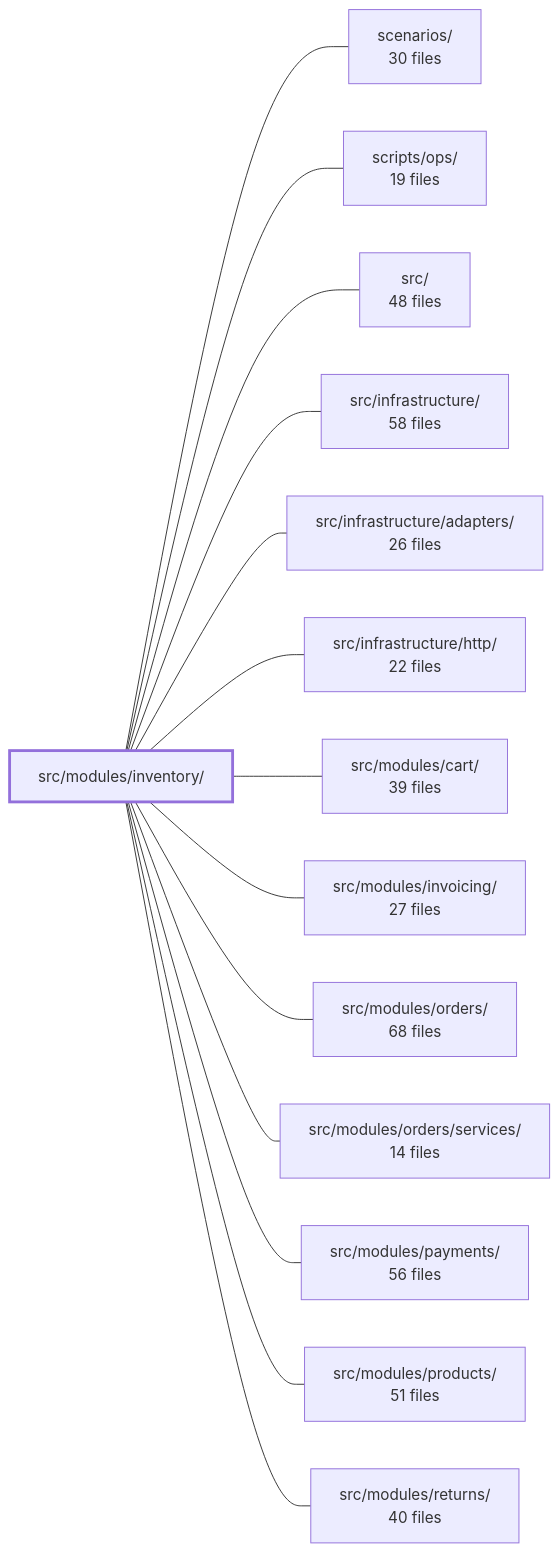
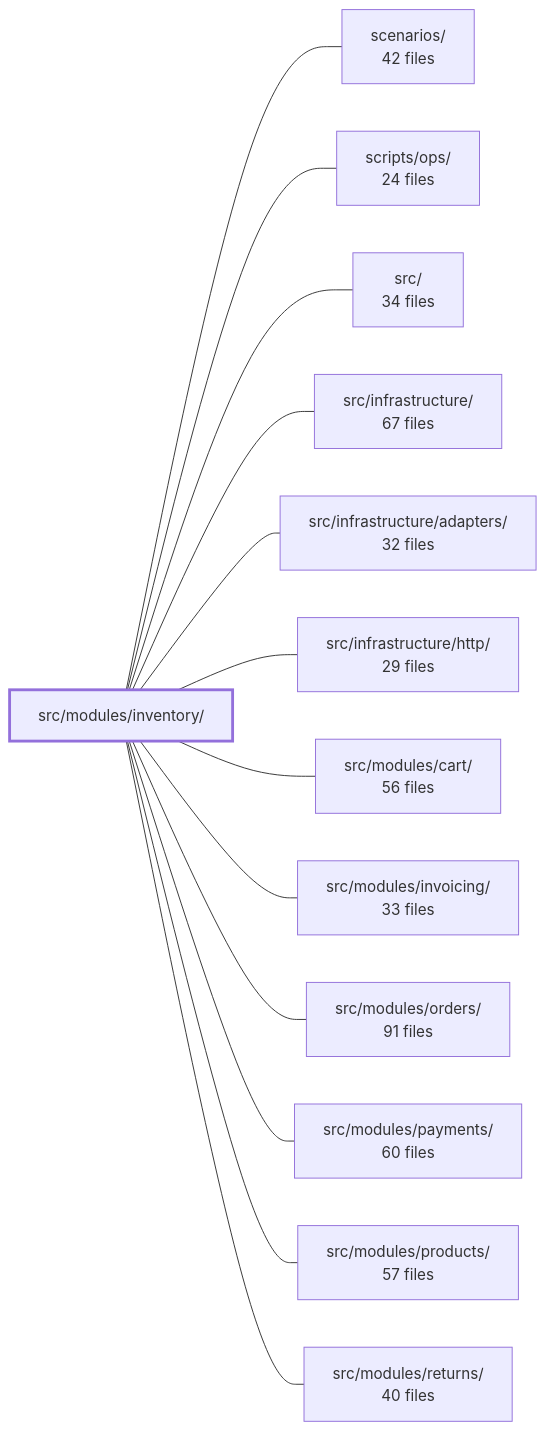
Before and after one commit to Guebbit/boilerplate-node-backend: the diagram in .2brain/modules/boilerplate-node-backend_src_modules_inventory.md, drawn with Mermaid. The commit also changed other lines of this file and 106 other files, not shown here.

````diff
--- a/.2brain/modules/boilerplate-node-backend_src_modules_inventory.md
+++ b/.2brain/modules/boilerplate-node-backend_src_modules_inventory.md
@@ -43,31 +43,29 @@
 ```mermaid
 flowchart LR
     m_src_modules_inventory["src/modules/inventory/"]
-    m_scenarios["scenarios/<br/>30 files"]
-    m_scripts_ops["scripts/ops/<br/>19 files"]
-    m_src["src/<br/>48 files"]
-    m_src_infrastructure["src/infrastructure/<br/>58 files"]
-    m_src_infrastructure_adapters["src/infrastructure/adapters/<br/>26 files"]
-    m_src_infrastructure_http["src/infrastructure/http/<br/>22 files"]
-    m_src_modules_cart["src/modules/cart/<br/>39 files"]
-    m_src_modules_invoicing["src/modules/invoicing/<br/>27 files"]
-    m_src_modules_orders["src/modules/orders/<br/>68 files"]
-    m_src_modules_orders_services["src/modules/orders/services/<br/>14 files"]
-    m_src_modules_payments["src/modules/payments/<br/>56 files"]
-    m_src_modules_products["src/modules/products/<br/>51 files"]
+    m_scenarios["scenarios/<br/>42 files"]
+    m_scripts_ops["scripts/ops/<br/>24 files"]
+    m_src["src/<br/>34 files"]
+    m_src_infrastructure["src/infrastructure/<br/>67 files"]
+    m_src_infrastructure_adapters["src/infrastructure/adapters/<br/>32 files"]
+    m_src_infrastructure_http["src/infrastructure/http/<br/>29 files"]
+    m_src_modules_cart["src/modules/cart/<br/>56 files"]
+    m_src_modules_invoicing["src/modules/invoicing/<br/>33 files"]
+    m_src_modules_orders["src/modules/orders/<br/>91 files"]
+    m_src_modules_payments["src/modules/payments/<br/>60 files"]
+    m_src_modules_products["src/modules/products/<br/>57 files"]
     m_src_modules_returns["src/modules/returns/<br/>40 files"]
     m_src_modules_inventory --- m_scenarios
     m_src_modules_inventory --- m_scripts_ops
     m_src_modules_inventory --- m_src
     m_src_modules_inventory --- m_src_infrastructure
     m_src_modules_inventory --- m_src_infrastructure_adapters
     m_src_modules_inventory --- m_src_infrastructure_http
     m_src_modules_inventory --- m_src_modules_cart
     m_src_modules_inventory --- m_src_modules_invoicing
     m_src_modules_inventory --- m_src_modules_orders
-    m_src_modules_inventory --- m_src_modules_orders_services
     m_src_modules_inventory --- m_src_modules_payments
     m_src_modules_inventory --- m_src_modules_products
     m_src_modules_inventory --- m_src_modules_returns
     style m_src_modules_inventory stroke-width:3px
 ```
````
